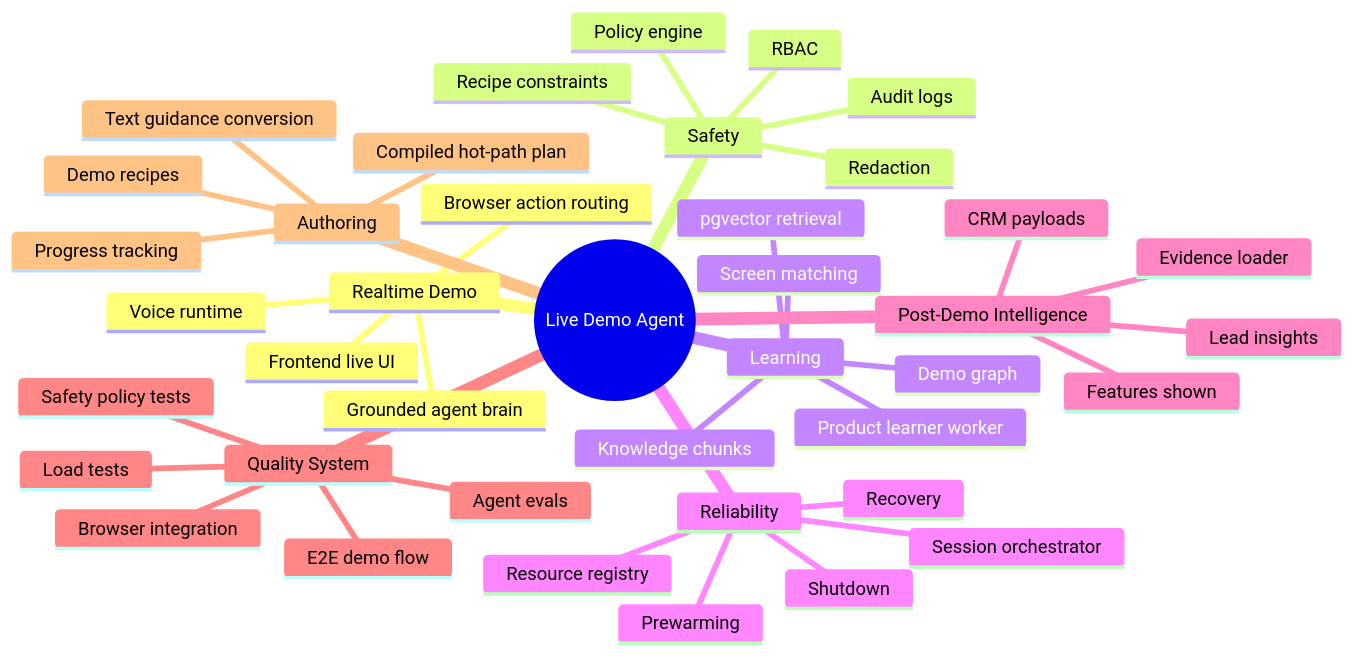
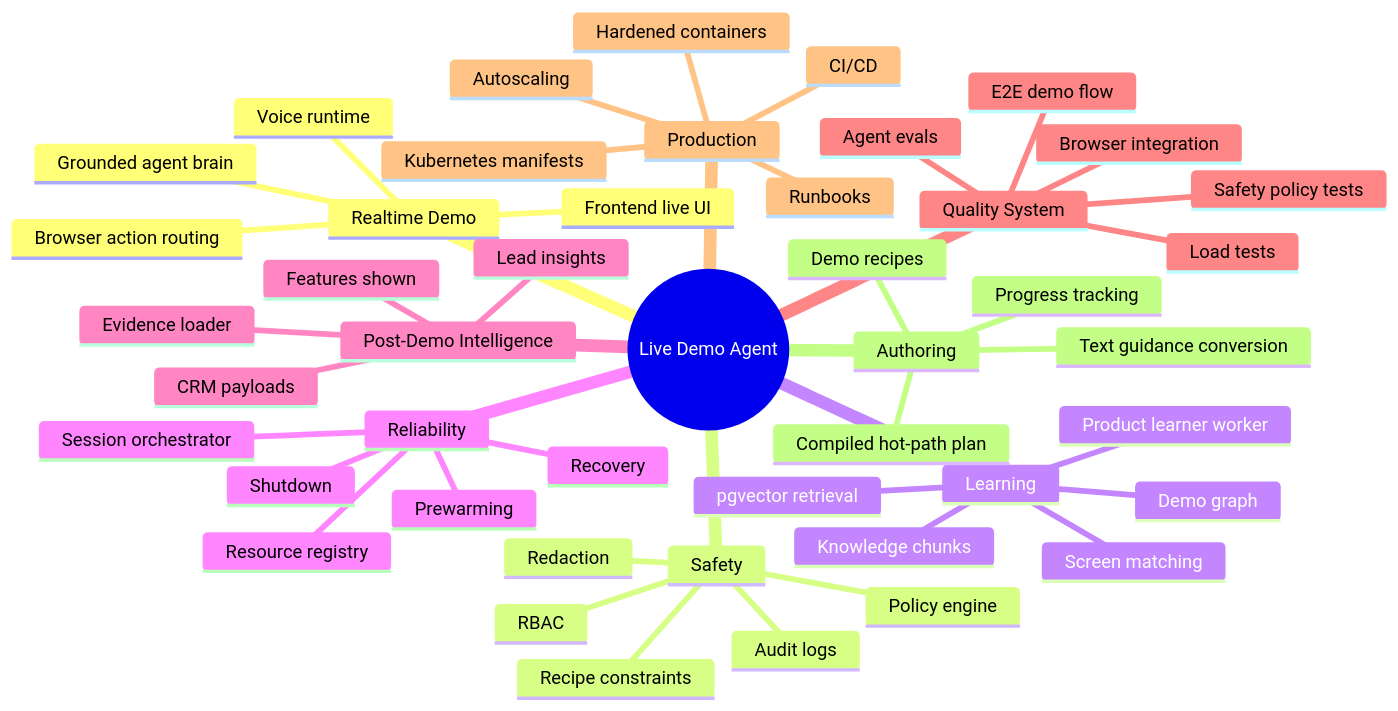
One commit to roshaninfordham/personalised-demo-ai-agent changed the first of 4 diagrams in docs/README.md. Above: the diagram before and after it, drawn with Mermaid. The commit also changed other lines of this file and 12 other files, not shown here.

Commit message:
docs: document production hardening runbooks

````diff
--- a/docs/README.md
+++ b/docs/README.md
@@ -26,43 +27,49 @@
 ```mermaid
 mindmap
   root((Live Demo Agent))
     Realtime Demo
       Voice runtime
       Grounded agent brain
       Browser action routing
       Frontend live UI
     Safety
       Policy engine
       RBAC
       Audit logs
       Redaction
       Recipe constraints
     Learning
       Product learner worker
       Demo graph
       Screen matching
       Knowledge chunks
       pgvector retrieval
     Reliability
       Session orchestrator
       Prewarming
       Recovery
       Shutdown
       Resource registry
     Post-Demo Intelligence
       Evidence loader
       Lead insights
       Features shown
       CRM payloads
     Quality System
       Safety policy tests
       Browser integration
       E2E demo flow
       Agent evals
       Load tests
+    Production
+      Hardened containers
+      Kubernetes manifests
+      CI/CD
+      Autoscaling
+      Runbooks
     Authoring
       Demo recipes
       Text guidance conversion
       Compiled hot-path plan
       Progress tracking
 ```
````
